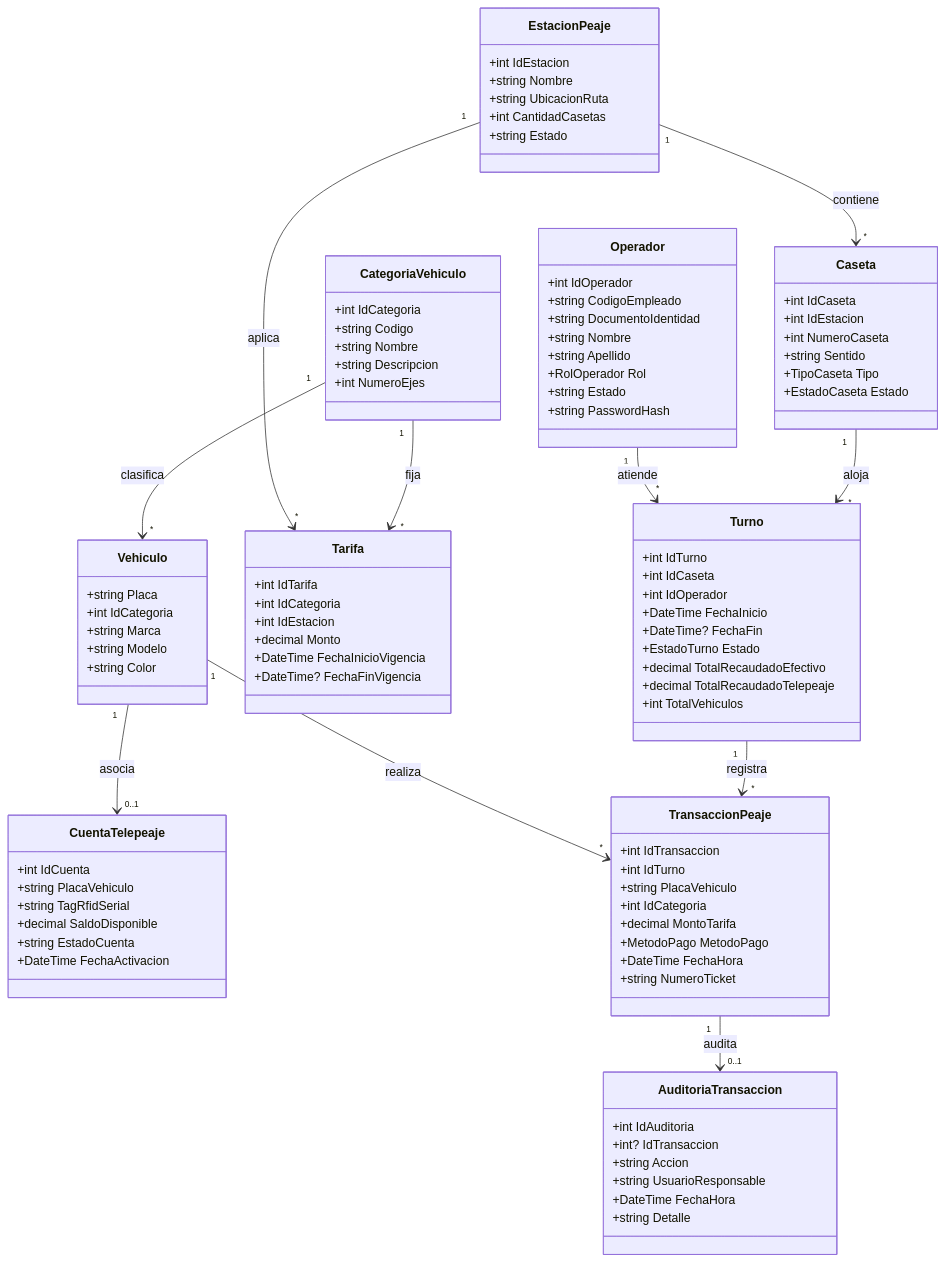
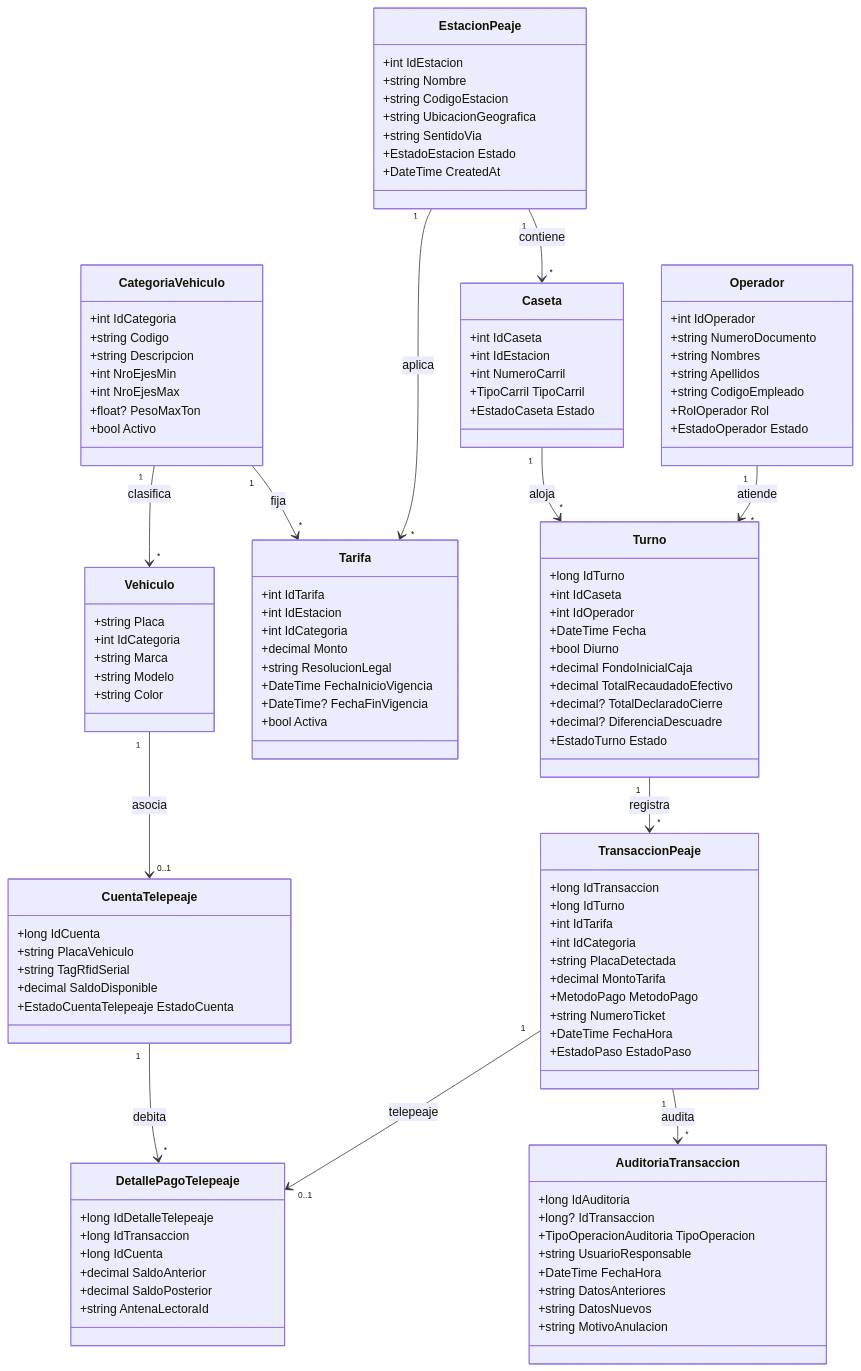
The first of 3 diagrams in docs/design.md (ManuelAmell/PeajeSys), drawn with Mermaid before and after one commit. The commit also changed other lines of this file and 13 other files, not shown here.

````diff
--- a/docs/design.md
+++ b/docs/design.md
@@ -13,53 +13,58 @@
     class EstacionPeaje {
         +int IdEstacion
         +string Nombre
-        +string UbicacionRuta
-        +int CantidadCasetas
-        +string Estado
+        +string CodigoEstacion
+        +string UbicacionGeografica
+        +string SentidoVia
+        +EstadoEstacion Estado
+        +DateTime CreatedAt
     }
     class Caseta {
         +int IdCaseta
         +int IdEstacion
-        +int NumeroCaseta
-        +string Sentido
-        +TipoCaseta Tipo
+        +int NumeroCarril
+        +TipoCarril TipoCarril
         +EstadoCaseta Estado
     }
     class Operador {
         +int IdOperador
+        +string NumeroDocumento
+        +string Nombres
+        +string Apellidos
         +string CodigoEmpleado
-        +string DocumentoIdentidad
-        +string Nombre
-        +string Apellido
         +RolOperador Rol
-        +string Estado
-        +string PasswordHash
+        +EstadoOperador Estado
     }
     class Turno {
-        +int IdTurno
+        +long IdTurno
         +int IdCaseta
         +int IdOperador
-        +DateTime FechaInicio
-        +DateTime? FechaFin
+        +DateTime Fecha
+        +bool Diurno
+        +decimal FondoInicialCaja
+        +decimal TotalRecaudadoEfectivo
+        +decimal? TotalDeclaradoCierre
+        +decimal? DiferenciaDescuadre
         +EstadoTurno Estado
-        +decimal TotalRecaudadoEfectivo
-        +decimal TotalRecaudadoTelepeaje
-        +int TotalVehiculos
     }
     class CategoriaVehiculo {
         +int IdCategoria
         +string Codigo
-        +string Nombre
         +string Descripcion
-        +int NumeroEjes
+        +int NroEjesMin
+        +int NroEjesMax
+        +float? PesoMaxTon
+        +bool Activo
     }
     class Tarifa {
         +int IdTarifa
+        +int IdEstacion
         +int IdCategoria
-        +int IdEstacion
         +decimal Monto
+        +string ResolucionLegal
         +DateTime FechaInicioVigencia
         +DateTime? FechaFinVigencia
+        +bool Activa
     }
     class Vehiculo {
         +string Placa
@@ -69,30 +74,41 @@
         +string Color
     }
     class CuentaTelepeaje {
-        +int IdCuenta
+        +long IdCuenta
         +string PlacaVehiculo
         +string TagRfidSerial
         +decimal SaldoDisponible
-        +string EstadoCuenta
-        +DateTime FechaActivacion
+        +EstadoCuentaTelepeaje EstadoCuenta
+    }
+    class DetallePagoTelepeaje {
+        +long IdDetalleTelepeaje
+        +long IdTransaccion
+        +long IdCuenta
+        +decimal SaldoAnterior
+        +decimal SaldoPosterior
+        +string AntenaLectoraId
     }
     class TransaccionPeaje {
-        +int IdTransaccion
-        +int IdTurno
-        +string PlacaVehiculo
+        +long IdTransaccion
+        +long IdTurno
+        +int IdTarifa
         +int IdCategoria
+        +string PlacaDetectada
         +decimal MontoTarifa
         +MetodoPago MetodoPago
+        +string NumeroTicket
         +DateTime FechaHora
-        +string NumeroTicket
+        +EstadoPaso EstadoPaso
     }
     class AuditoriaTransaccion {
-        +int IdAuditoria
-        +int? IdTransaccion
-        +string Accion
+        +long IdAuditoria
+        +long? IdTransaccion
+        +TipoOperacionAuditoria TipoOperacion
         +string UsuarioResponsable
         +DateTime FechaHora
-        +string Detalle
+        +string DatosAnteriores
+        +string DatosNuevos
+        +string MotivoAnulacion
     }
 
     EstacionPeaje "1" --> "*" Caseta : contiene
@@ -103,6 +119,7 @@
     EstacionPeaje "1" --> "*" Tarifa : aplica
     CategoriaVehiculo "1" --> "*" Vehiculo : clasifica
     Vehiculo "1" --> "0..1" CuentaTelepeaje : asocia
-    Vehiculo "1" --> "*" TransaccionPeaje : realiza
-    TransaccionPeaje "1" --> "0..1" AuditoriaTransaccion : audita
+    CuentaTelepeaje "1" --> "*" DetallePagoTelepeaje : debita
+    TransaccionPeaje "1" --> "0..1" DetallePagoTelepeaje : telepeaje
+    TransaccionPeaje "1" --> "*" AuditoriaTransaccion : audita
 ```
````
